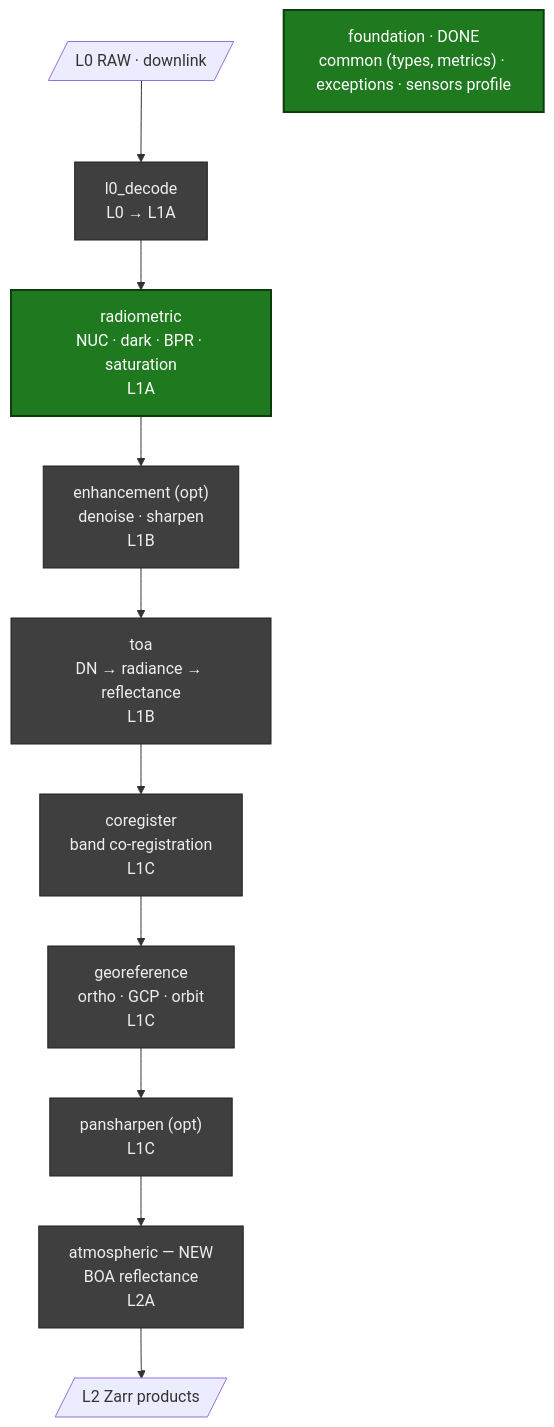
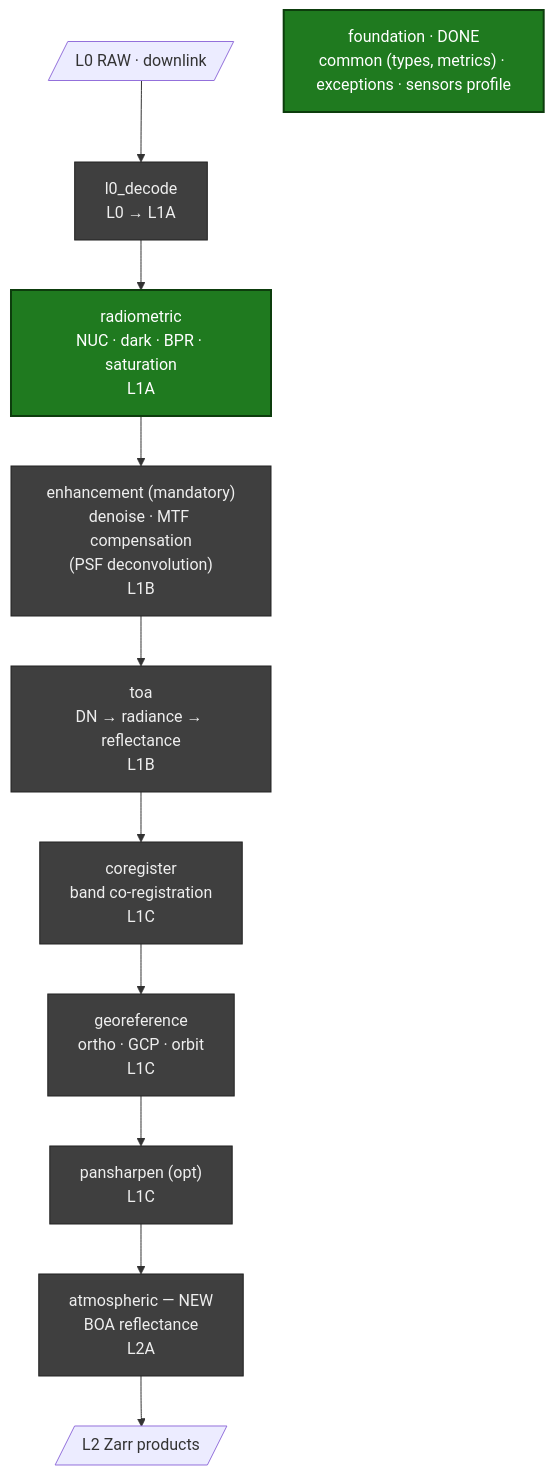
Before and after one commit to AstroCan17/msi-processor: the diagram in README.md, drawn with Mermaid. The commit also changed 4 other files, not shown here.

First line of the commit message:
change(cr): make enhancement mandatory; sharpening = MTF compensation (PSF deconvolution)

````diff
--- a/README.md
+++ b/README.md
@@ -30,17 +30,17 @@
 ```mermaid
 flowchart TD
     RAW[/"L0 RAW · downlink"/] --> L0["l0_decode<br/>L0 → L1A"]:::todo
     L0 --> RAD["radiometric<br/>NUC · dark · BPR · saturation<br/>L1A"]:::done
-    RAD --> ENH["enhancement (opt)<br/>denoise · sharpen<br/>L1B"]:::todo
+    RAD --> ENH["enhancement (mandatory)<br/>denoise · MTF compensation<br/>(PSF deconvolution)<br/>L1B"]:::todo
     ENH --> TOA["toa<br/>DN → radiance → reflectance<br/>L1B"]:::todo
     TOA --> COR["coregister<br/>band co-registration<br/>L1C"]:::todo
     COR --> GEO["georeference<br/>ortho · GCP · orbit<br/>L1C"]:::todo
     GEO --> PAN["pansharpen (opt)<br/>L1C"]:::todo
     PAN --> ATM["atmospheric — NEW<br/>BOA reflectance<br/>L2A"]:::todo
     ATM --> PRD[/"L2 Zarr products"/]
 
     FOUND["foundation · DONE<br/>common (types, metrics) · exceptions · sensors profile"]:::done
 
     classDef done fill:#1f7a1f,color:#fff,stroke:#0d3d0d,stroke-width:2px;
     classDef todo fill:#3f3f3f,color:#eee,stroke:#222;
 ```
````
